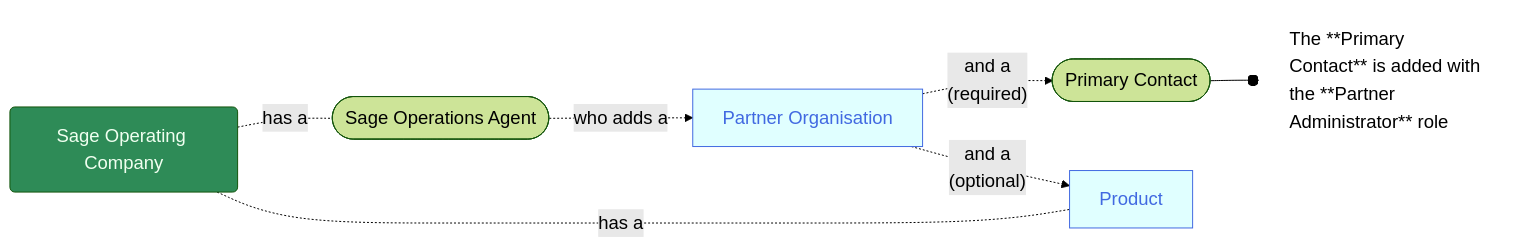
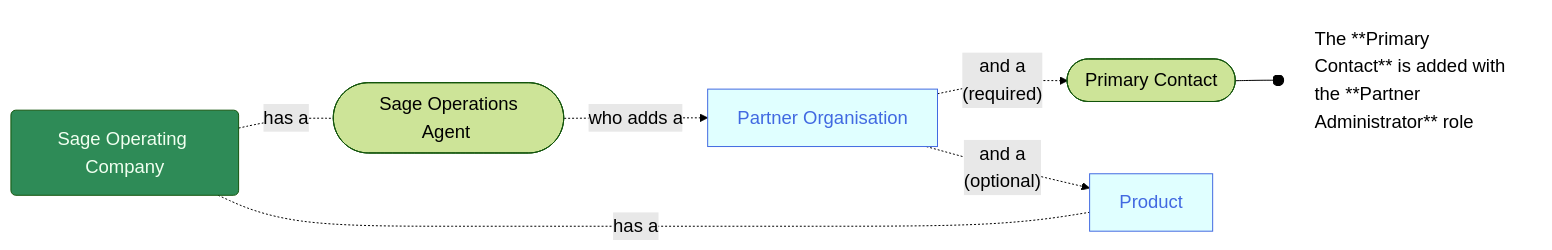
One commit to joe-dorward/samples changed the diagram in 2025_Sage/01_Scenario - Partner organisation.mdx. Above: the diagram before and after it, drawn with Mermaid.

Commit message:
Update 01_Scenario - Partner organisation.mdx

````diff
--- a/2025_Sage/01_Scenario - Partner organisation.mdx
+++ b/2025_Sage/01_Scenario - Partner organisation.mdx
@@ -2,31 +2,31 @@
 ```mermaid
 %%{
   init: {
     'theme': 'forest',
     'themeVariables': {
       'fontSize':'14pt'
     }
   }
 }%%
 flowchart LR
   %%classDef Note fill:pink, stroke:white, text-align:left, font-size:12pt, width:400px, margin:0px, padding:10px;
   classDef Sage fill:seagreen, color:honeydew;
   classDef Noun fill:lightcyan, stroke:royalblue, color:royalblue;
   classDef Note fill:white, stroke:white, text-align:left;
 
   SAGE_OPERATING_COMPANY_01(Sage Operating Company)-.has a.-
-  SAGE_OPERATIONS_AGENT_01([Sage Operations Agent])-.who adds a.->
+  SAGE_OPERATIONS_AGENT_01([&nbsp;Sage Operations Agent&nbsp;])-.who adds a.->
   PARTNER_ORGANISATION_01[Partner Organisation]-.and a<br/>(required).->
-  PRIMARY_CONTACT_01([Primary Contact])--o
+  PRIMARY_CONTACT_01([&nbsp;Primary Contact&nbsp;])--o
   PRIMARY_CONTACT_01_NOTE[The **Primary Contact** is added with the **Partner Administrator** role]
 
   SAGE_OPERATING_COMPANY_01-.has a.-
   PRODUCT_01[Product]
 
   PARTNER_ORGANISATION_01-.and a<br/>(optional).->
   PRODUCT_01
 
   class SAGE_OPERATING_COMPANY_01 Sage
   class PARTNER_ORGANISATION_01,PRODUCT_01 Noun
   class PRIMARY_CONTACT_01_NOTE Note
 ```
````
